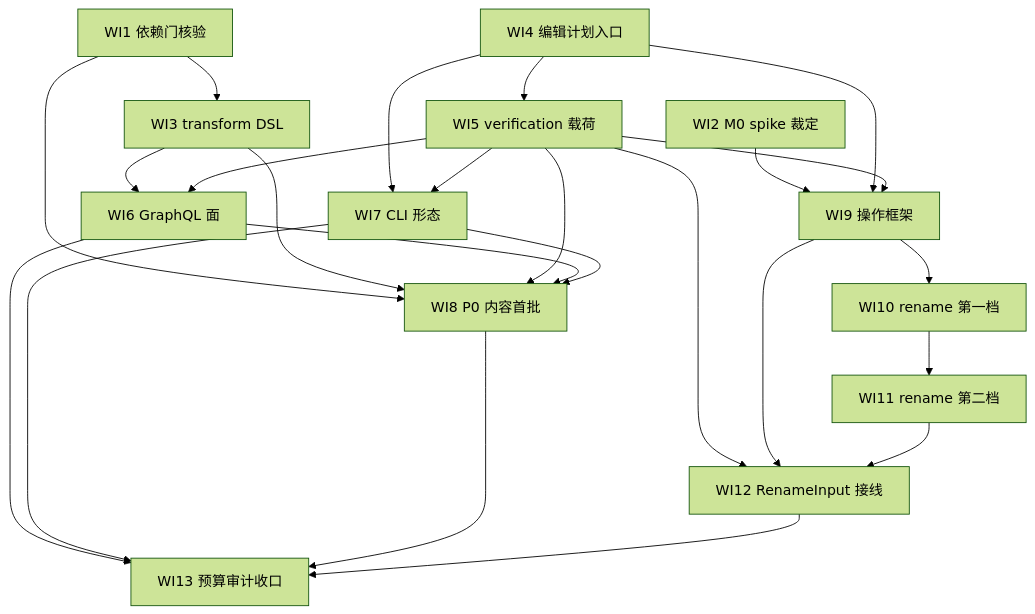
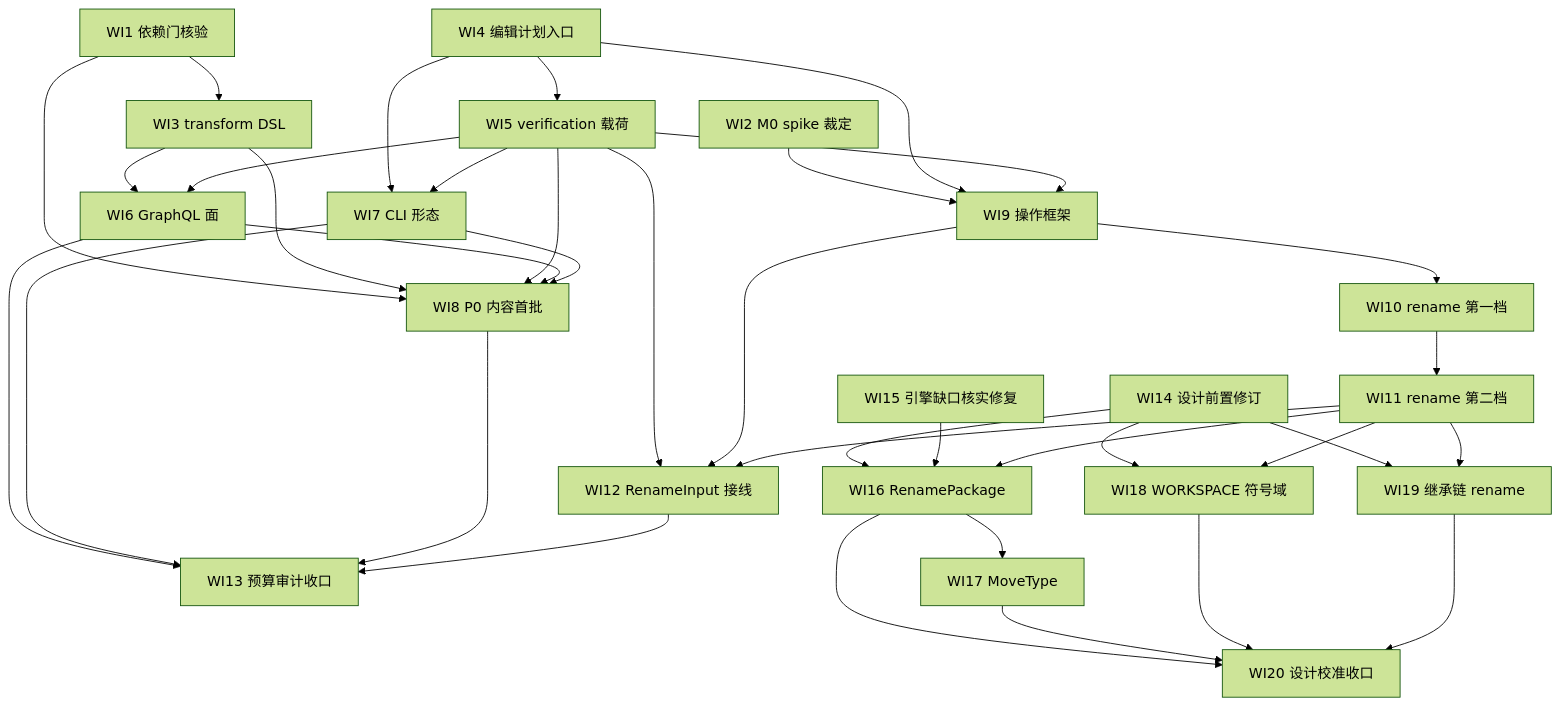
The diagram in ai-dev/backlog/nop-refactor-roadmap.md (entropy-cloud/nop-entropy), drawn with Mermaid (forest theme) before and after one commit. The commit also changed other lines of this file and 1 other file, not shown here.

Commit message:
docs(nop-refactor): roadmap M4 重开立项——P2 rename 升级面 WI14-WI20（设计前置 WI14 门禁 + 引擎缺口 WI15 + RenamePackage/MoveType/WORKSPACE/继承链 + WI20 校准收口；R4 对抗审查 1B+4M+4m 修订；包名重构缺口实测证据 _tmp/refactor-pkg-test/EVIDENCE.md）

````diff
--- a/ai-dev/backlog/nop-refactor-roadmap.md
+++ b/ai-dev/backlog/nop-refactor-roadmap.md
@@ -57,26 +71,38 @@
 ```mermaid
 flowchart TD
     WI1[WI1 依赖门核验] --> WI3[WI3 transform DSL]
     WI1 --> WI8[WI8 P0 内容首批]
     WI2[WI2 M0 spike 裁定] --> WI9[WI9 操作框架]
     WI4[WI4 编辑计划入口] --> WI5[WI5 verification 载荷]
     WI4 --> WI9
     WI5 --> WI9
     WI3 --> WI6[WI6 GraphQL 面]
     WI5 --> WI6
     WI4 --> WI7[WI7 CLI 形态]
     WI5 --> WI7
     WI3 --> WI8
     WI5 --> WI8
     WI6 --> WI8
     WI7 --> WI8
     WI9 --> WI10[WI10 rename 第一档]
     WI10 --> WI11[WI11 rename 第二档]
     WI5 --> WI12[WI12 RenameInput 接线]
     WI9 --> WI12
     WI11 --> WI12
     WI6 --> WI13[WI13 预算审计收口]
     WI7 --> WI13
     WI8 --> WI13
     WI12 --> WI13
+    WI14[WI14 设计前置修订] --> WI16[WI16 RenamePackage]
+    WI14 --> WI18[WI18 WORKSPACE 符号域]
+    WI14 --> WI19[WI19 继承链 rename]
+    WI15[WI15 引擎缺口核实修复] --> WI16
+    WI11 --> WI16
+    WI11 --> WI18
+    WI11 --> WI19
+    WI16 --> WI17[WI17 MoveType]
+    WI16 --> WI20[WI20 设计校准收口]
+    WI17 --> WI20
+    WI18 --> WI20
+    WI19 --> WI20
 ```
````
